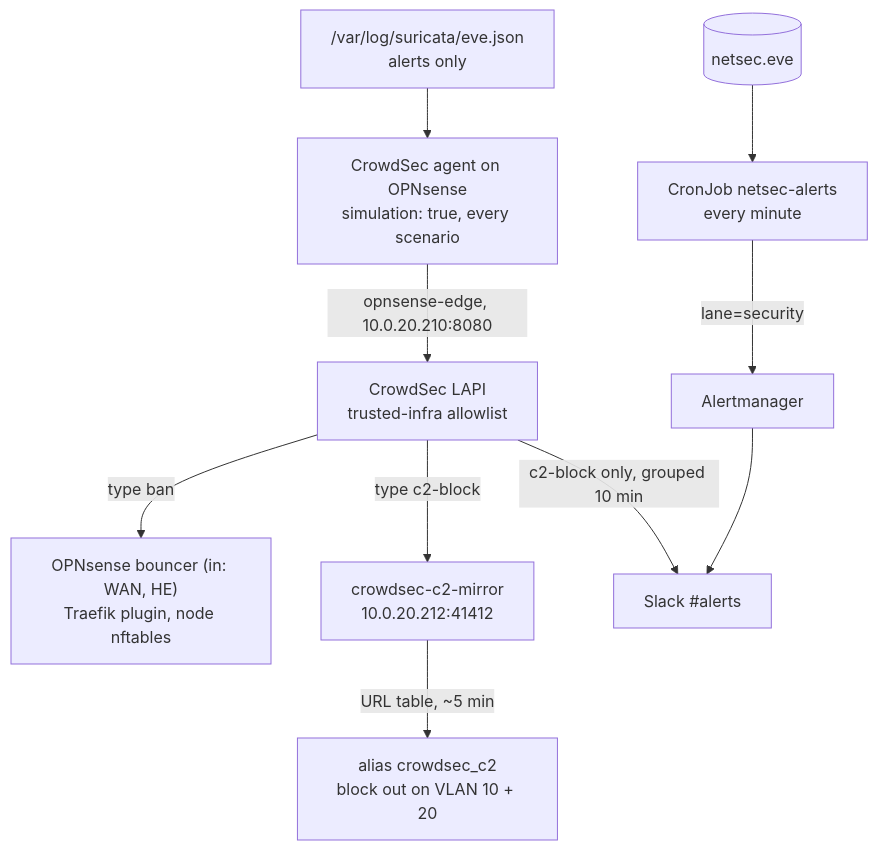
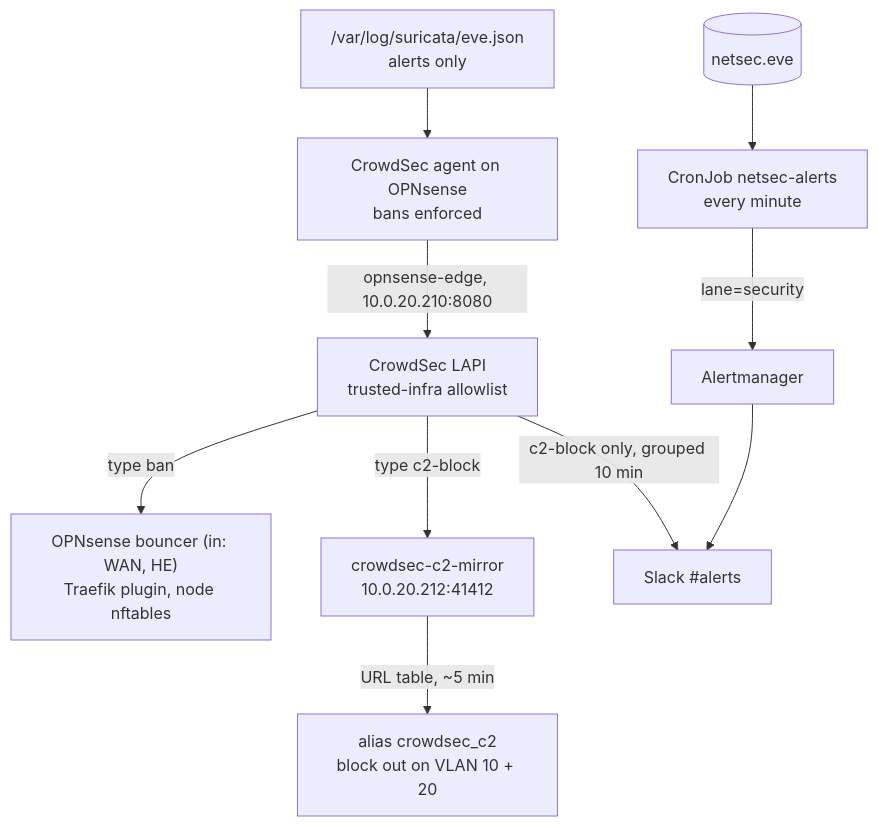
One commit to ViktorBarzin/infra changed the third of 7 diagrams in docs/architecture/network-security-monitoring.md. Above: the diagram before and after it, drawn with Mermaid. The commit also changed other lines of this file and 5 other files, not shown here.

````diff
--- a/docs/architecture/network-security-monitoring.md
+++ b/docs/architecture/network-security-monitoring.md
@@ -194,10 +194,10 @@
 ```mermaid
 flowchart TD
-  EVE["/var/log/suricata/eve.json<br/>alerts only"] --> AG["CrowdSec agent on OPNsense<br/>simulation: true, every scenario"]
+  EVE["/var/log/suricata/eve.json<br/>alerts only"] --> AG["CrowdSec agent on OPNsense<br/>bans enforced"]
   AG -->|opnsense-edge, 10.0.20.210:8080| LAPI["CrowdSec LAPI<br/>trusted-infra allowlist"]
   LAPI -->|type ban| BOUNCERS["OPNsense bouncer (in: WAN, HE)<br/>Traefik plugin, node nftables"]
   LAPI -->|type c2-block| MIRROR["crowdsec-c2-mirror<br/>10.0.20.212:41412"]
   MIRROR -->|URL table, ~5 min| ALIAS["alias crowdsec_c2<br/>block out on VLAN 10 + 20"]
   LAPI -->|c2-block only, grouped 10 min| SLACK["Slack #alerts"]
   CH[("netsec.eve")] --> JOB["CronJob netsec-alerts<br/>every minute"] -->|lane=security| AM["Alertmanager"] --> SLACK
 ```
````
